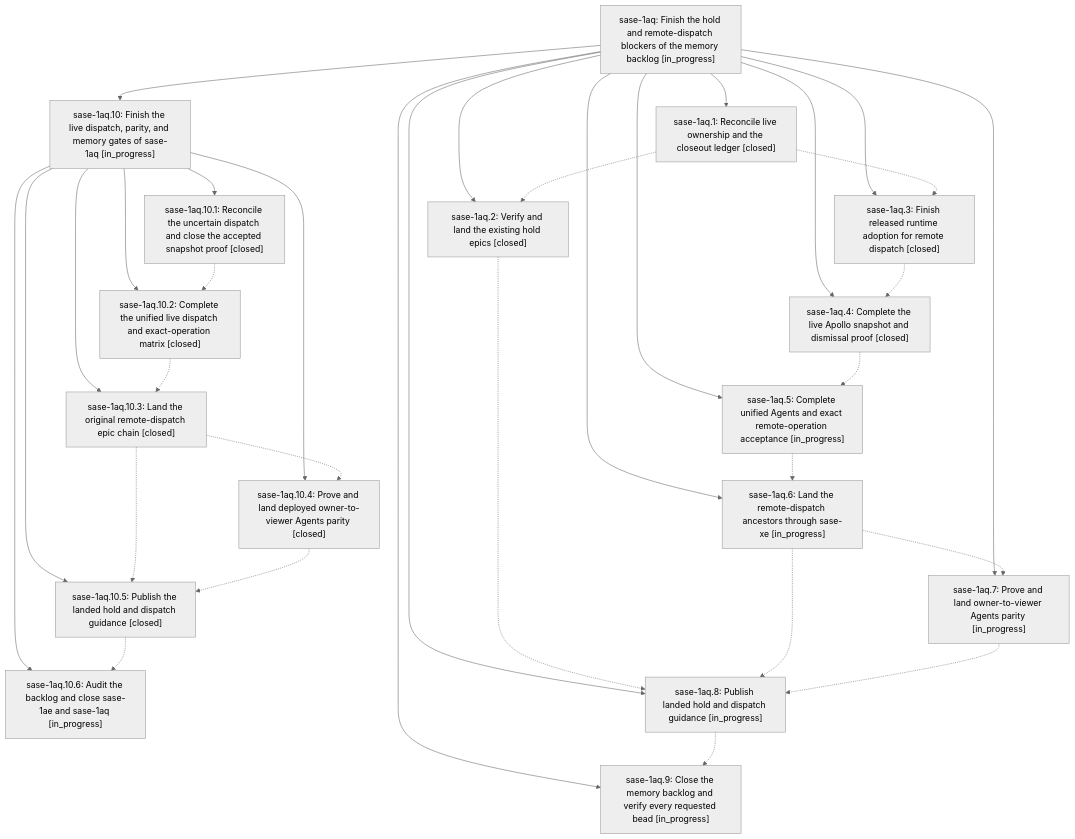
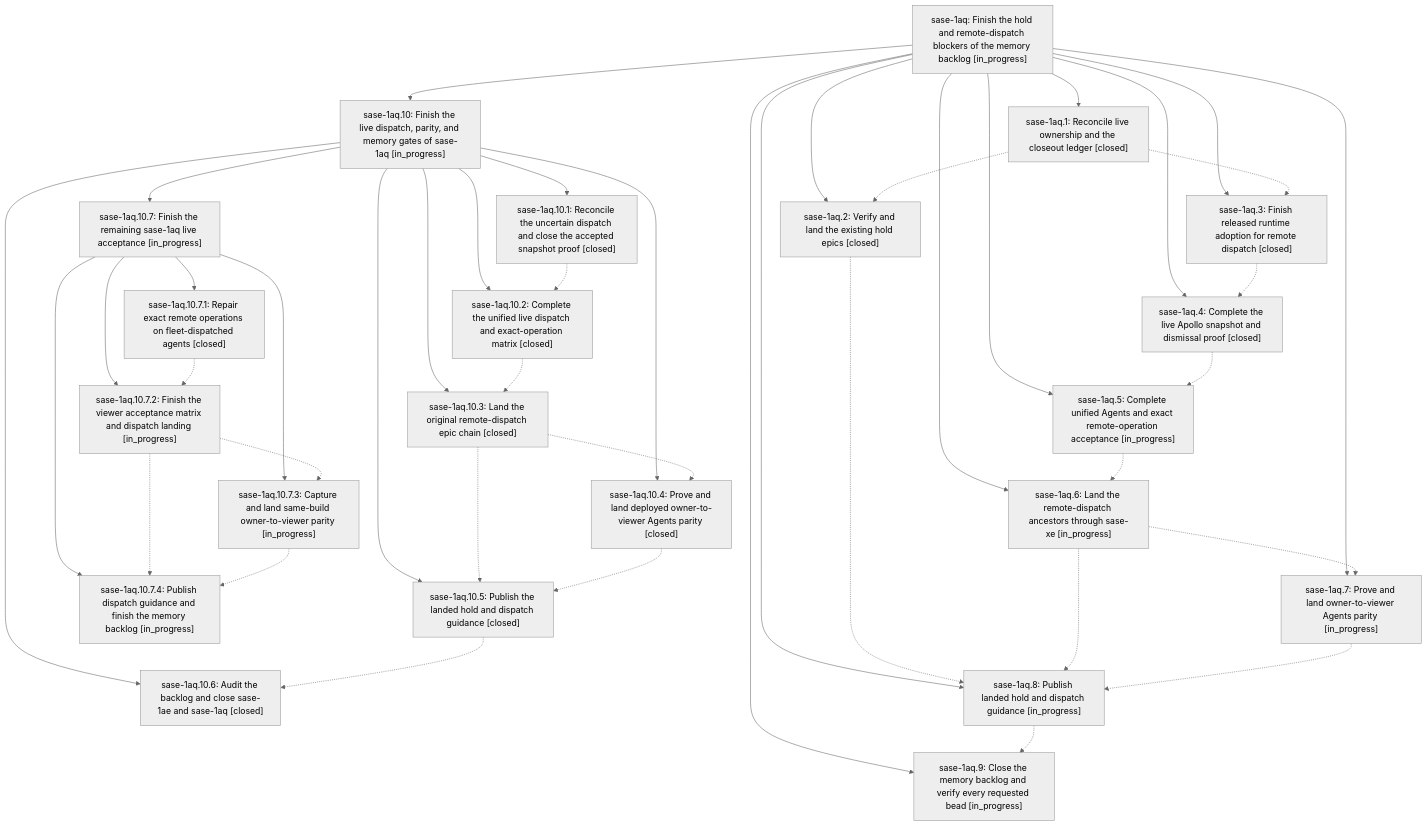
Before and after one commit to sase-org/sase--beads: the diagram in pages/sase-1aq/README.md, drawn with Mermaid (neutral theme). The commit also changed other lines of this file and 11 other files, not shown here.

First line of the commit message:
chore(beads): sync bead state and pages for sase-1aq

````diff
--- a/pages/sase-1aq/README.md
+++ b/pages/sase-1aq/README.md
@@ -44,52 +44,66 @@
 ```mermaid
 flowchart TD
     n0["sase-1aq: Finish the hold and remote-dispatch blockers of the memory backlog [in_progress]"]
     n1["sase-1aq.1: Reconcile live ownership and the closeout ledger [closed]"]
     n2["sase-1aq.10: Finish the live dispatch, parity, and memory gates of sase-1aq [in_progress]"]
     n3["sase-1aq.10.1: Reconcile the uncertain dispatch and close the accepted snapshot proof [closed]"]
     n4["sase-1aq.10.2: Complete the unified live dispatch and exact-operation matrix [closed]"]
     n5["sase-1aq.10.3: Land the original remote-dispatch epic chain [closed]"]
     n6["sase-1aq.10.4: Prove and land deployed owner-to-viewer Agents parity [closed]"]
     n7["sase-1aq.10.5: Publish the landed hold and dispatch guidance [closed]"]
-    n8["sase-1aq.10.6: Audit the backlog and close sase-1ae and sase-1aq [in_progress]"]
-    n9["sase-1aq.2: Verify and land the existing hold epics [closed]"]
-    n10["sase-1aq.3: Finish released runtime adoption for remote dispatch [closed]"]
-    n11["sase-1aq.4: Complete the live Apollo snapshot and dismissal proof [closed]"]
-    n12["sase-1aq.5: Complete unified Agents and exact remote-operation acceptance [in_progress]"]
-    n13["sase-1aq.6: Land the remote-dispatch ancestors through sase-xe [in_progress]"]
-    n14["sase-1aq.7: Prove and land owner-to-viewer Agents parity [in_progress]"]
-    n15["sase-1aq.8: Publish landed hold and dispatch guidance [in_progress]"]
-    n16["sase-1aq.9: Close the memory backlog and verify every requested bead [in_progress]"]
+    n8["sase-1aq.10.6: Audit the backlog and close sase-1ae and sase-1aq [closed]"]
+    n9["sase-1aq.10.7: Finish the remaining sase-1aq live acceptance [in_progress]"]
+    n10["sase-1aq.10.7.1: Repair exact remote operations on fleet-dispatched agents [closed]"]
+    n11["sase-1aq.10.7.2: Finish the viewer acceptance matrix and dispatch landing [in_progress]"]
+    n12["sase-1aq.10.7.3: Capture and land same-build owner-to-viewer parity [in_progress]"]
+    n13["sase-1aq.10.7.4: Publish dispatch guidance and finish the memory backlog [in_progress]"]
+    n14["sase-1aq.2: Verify and land the existing hold epics [closed]"]
+    n15["sase-1aq.3: Finish released runtime adoption for remote dispatch [closed]"]
+    n16["sase-1aq.4: Complete the live Apollo snapshot and dismissal proof [closed]"]
+    n17["sase-1aq.5: Complete unified Agents and exact remote-operation acceptance [in_progress]"]
+    n18["sase-1aq.6: Land the remote-dispatch ancestors through sase-xe [in_progress]"]
+    n19["sase-1aq.7: Prove and land owner-to-viewer Agents parity [in_progress]"]
+    n20["sase-1aq.8: Publish landed hold and dispatch guidance [in_progress]"]
+    n21["sase-1aq.9: Close the memory backlog and verify every requested bead [in_progress]"]
     n0 --> n1
     n0 --> n2
     n2 --> n3
     n2 --> n4
     n2 --> n5
     n2 --> n6
     n2 --> n7
     n2 --> n8
-    n0 --> n9
-    n0 --> n10
-    n0 --> n11
-    n0 --> n12
-    n0 --> n13
+    n2 --> n9
+    n9 --> n10
+    n9 --> n11
+    n9 --> n12
+    n9 --> n13
     n0 --> n14
     n0 --> n15
     n0 --> n16
-    n1 -.-> n9
-    n1 -.-> n10
+    n0 --> n17
+    n0 --> n18
+    n0 --> n19
+    n0 --> n20
+    n0 --> n21
+    n1 -.-> n14
+    n1 -.-> n15
     n3 -.-> n4
     n4 -.-> n5
     n5 -.-> n6
     n5 -.-> n7
     n6 -.-> n7
     n7 -.-> n8
-    n9 -.-> n15
     n10 -.-> n11
     n11 -.-> n12
+    n11 -.-> n13
     n12 -.-> n13
-    n13 -.-> n14
-    n13 -.-> n15
-    n14 -.-> n15
+    n14 -.-> n20
     n15 -.-> n16
+    n16 -.-> n17
+    n17 -.-> n18
+    n18 -.-> n19
+    n18 -.-> n20
+    n19 -.-> n20
+    n20 -.-> n21
 ```
````
